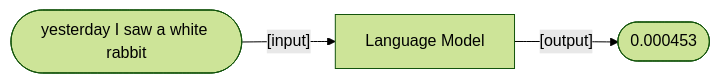
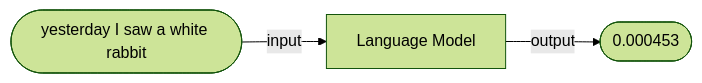
Before and after one commit to conmaol/maglocunus: the diagram in AI/LLMs/ngrams.md, drawn with Mermaid (forest theme). The commit also changed other lines of this file, not shown here.

````diff
--- a/AI/LLMs/ngrams.md
+++ b/AI/LLMs/ngrams.md
@@ -21,8 +21,8 @@
 ```mermaid
 graph LR;
     input(["yesterday I saw a white rabbit"])
     model["Language Model"]
     output(["0.000453"])
-    input --[input]--> model
-    model --[output]--> output
+    input -- input --> model
+    model -- output --> output
 ```
````
